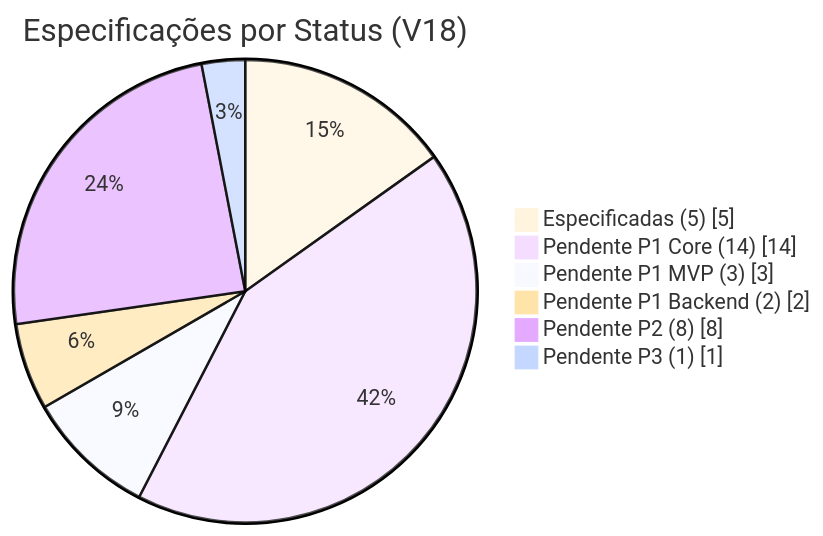
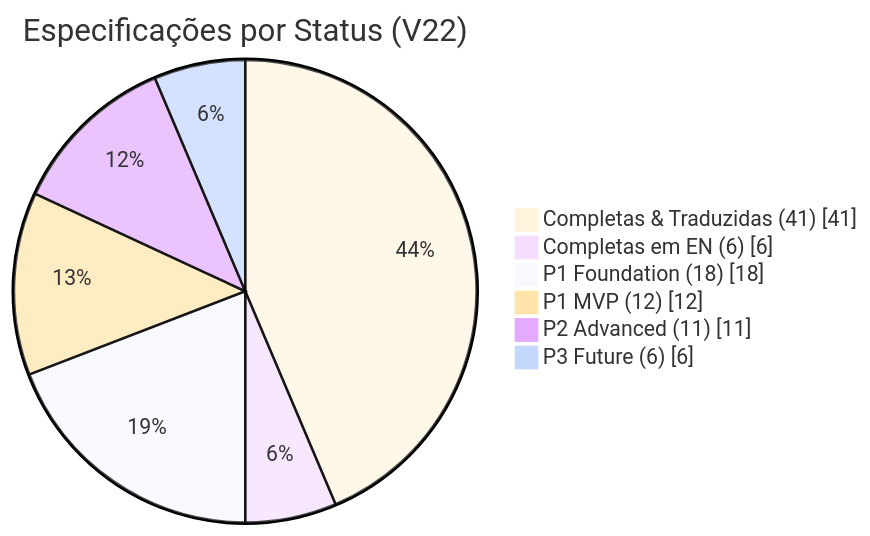
The fourth of 6 diagrams in EKS/project-context/project-overview.md (Trindade11/Teste), drawn with Mermaid before and after one commit. The commit also changed other lines of this file and 129 other files, not shown here.

````diff
--- a/EKS/project-context/project-overview.md
+++ b/EKS/project-context/project-overview.md
@@ -276,11 +290,11 @@
 ```mermaid
 %%{init: {'theme': 'base'}}%%
 pie showData
-    title Especificações por Status (V18)
-    "Especificadas (5)" : 5
-    "Pendente P1 Core (14)" : 14
-    "Pendente P1 MVP (3)" : 3
-    "Pendente P1 Backend (2)" : 2
-    "Pendente P2 (8)" : 8
-    "Pendente P3 (1)" : 1
+    title Especificações por Status (V22)
+    "Completas & Traduzidas (41)" : 41
+    "Completas em EN (6)" : 6
+    "P1 Foundation (18)" : 18
+    "P1 MVP (12)" : 12
+    "P2 Advanced (11)" : 11
+    "P3 Future (6)" : 6
 ```
````
